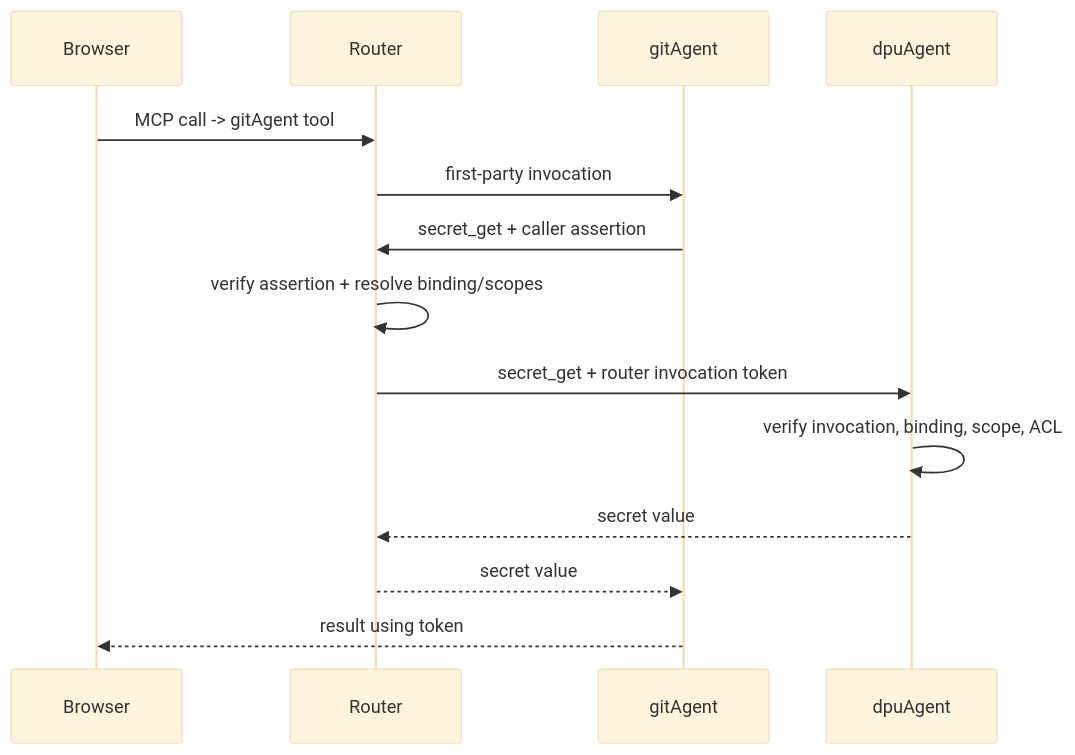
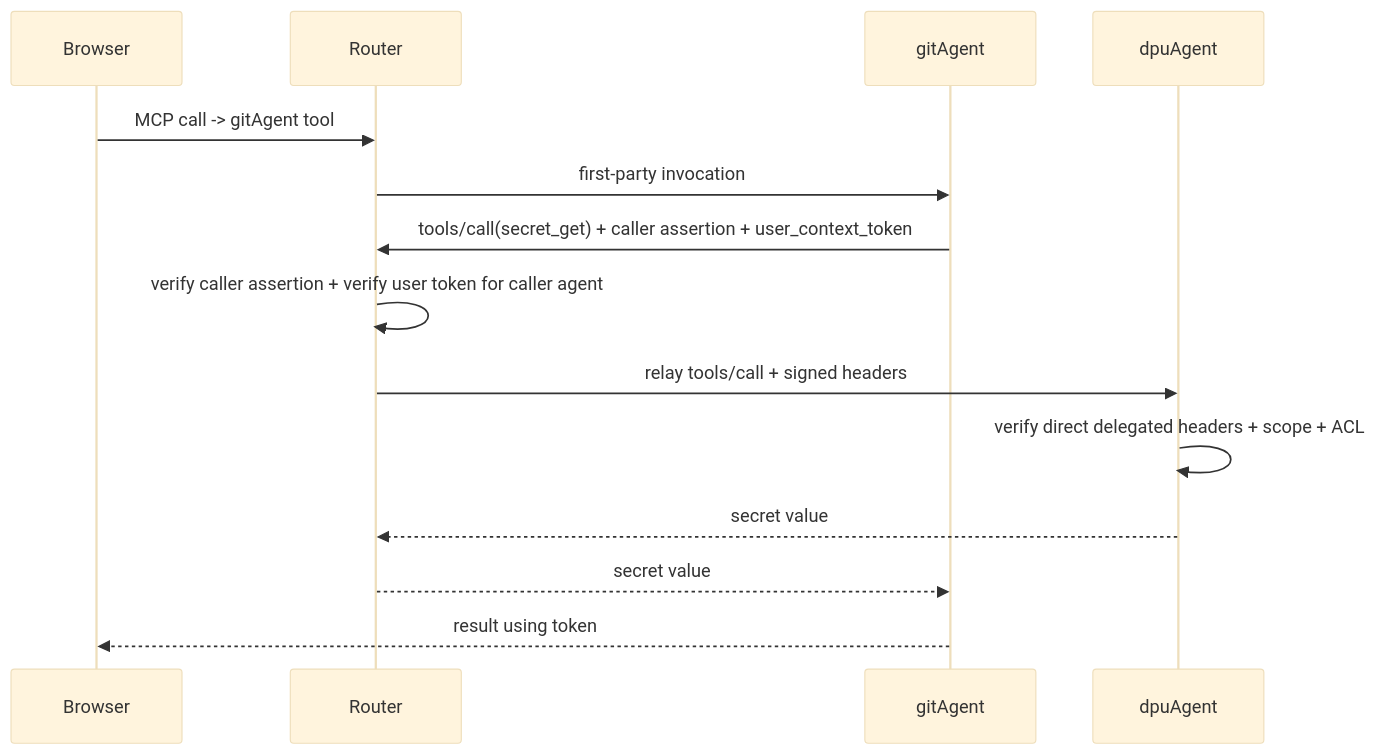
The third of 3 diagrams in current-architecture-login-secret-flows.md (PloinkyRepos/file-parser), drawn with Mermaid (base theme) before and after one commit. The commit also changed other lines of this file and 4 other files, not shown here.

````diff
--- a/current-architecture-login-secret-flows.md
+++ b/current-architecture-login-secret-flows.md
@@ -421,17 +416,17 @@
 ```mermaid
 sequenceDiagram
     participant Browser
     participant Router
     participant Git as gitAgent
     participant DPU as dpuAgent
 
     Browser->>Router: MCP call -> gitAgent tool
     Router->>Git: first-party invocation
-    Git->>Router: secret_get + caller assertion
-    Router->>Router: verify assertion + resolve binding/scopes
-    Router->>DPU: secret_get + router invocation token
-    DPU->>DPU: verify invocation, binding, scope, ACL
+    Git->>Router: tools/call(secret_get) + caller assertion + user_context_token
+    Router->>Router: verify caller assertion + verify user token for caller agent
+    Router->>DPU: relay tools/call + signed headers
+    DPU->>DPU: verify direct delegated headers + scope + ACL
     DPU-->>Router: secret value
     Router-->>Git: secret value
     Git-->>Browser: result using token
 ```
````
